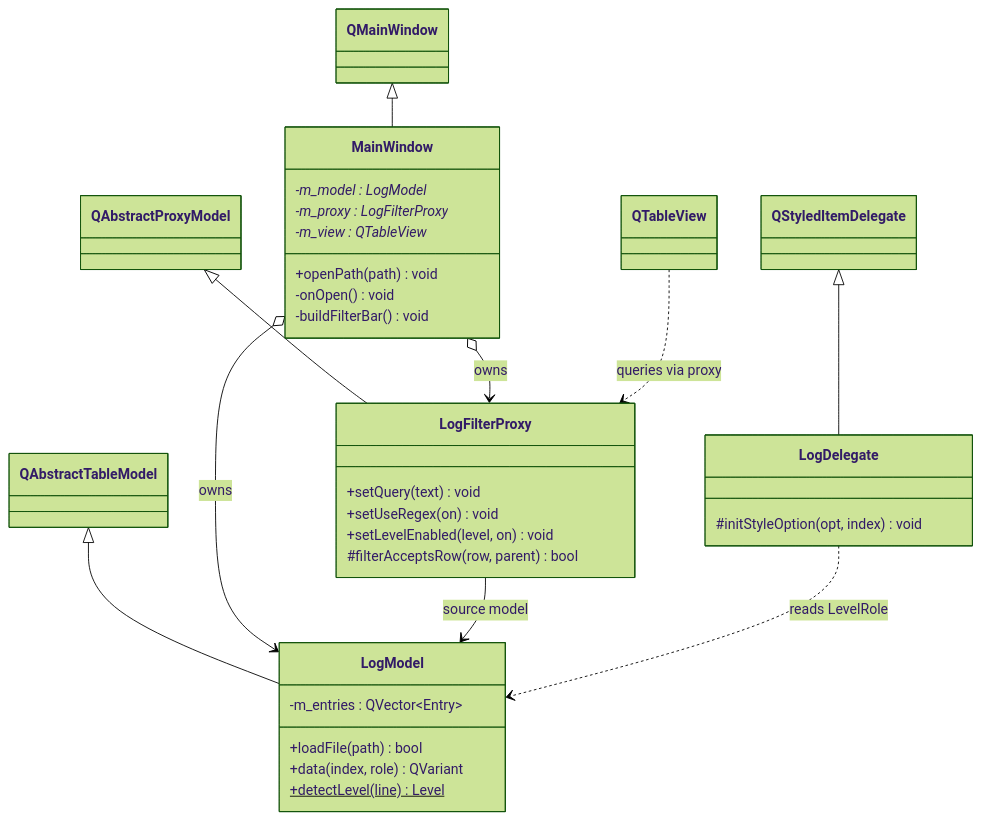
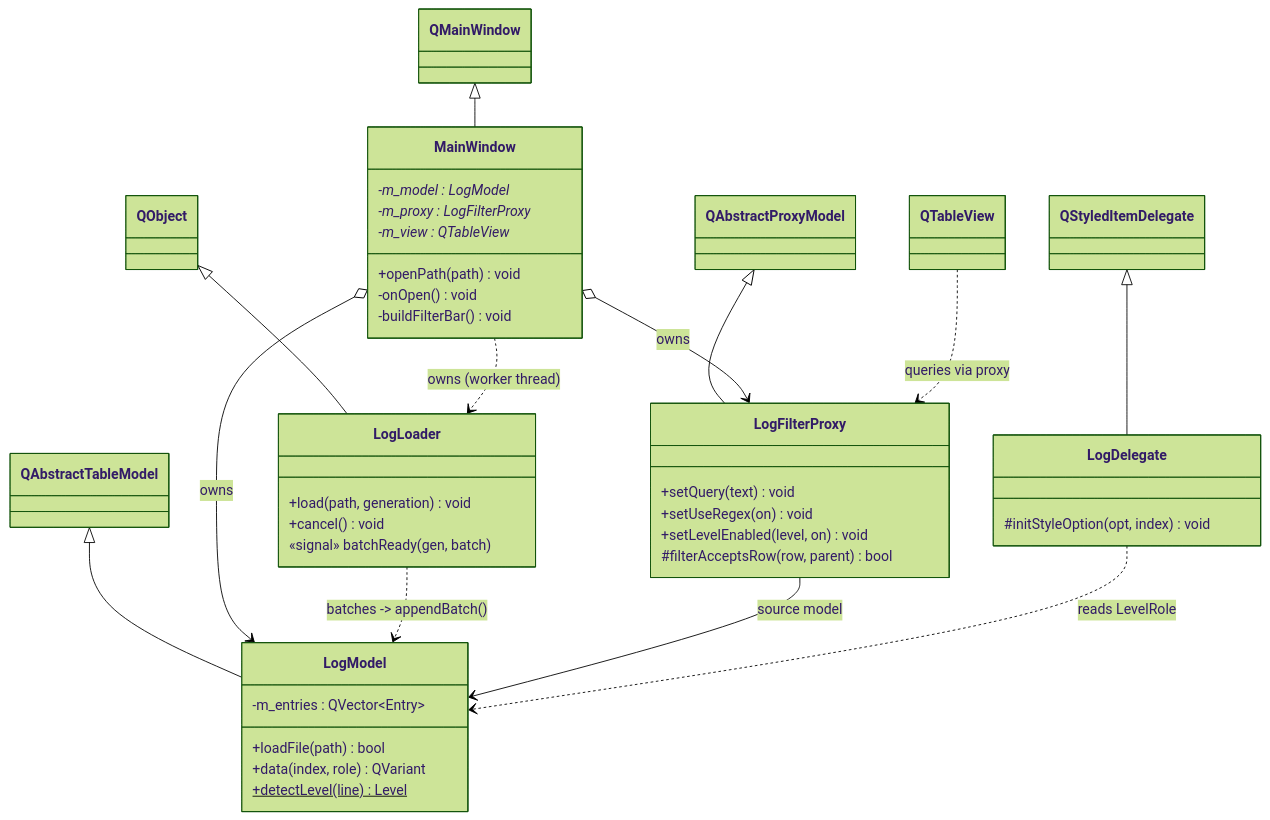
Before and after one commit to MvpBruce/LogLens: the first of 3 diagrams in README.md, drawn with Mermaid (forest theme). The commit also changed other lines of this file and 10 other files, not shown here.

````diff
--- a/README.md
+++ b/README.md
@@ -53,41 +53,49 @@
 ```mermaid
 classDiagram
     class QMainWindow
     class QAbstractTableModel
     class QAbstractProxyModel
     class QStyledItemDelegate
 
     class MainWindow {
         +openPath(path) void
         -onOpen() void
         -buildFilterBar() void
         -m_model : LogModel*
         -m_proxy : LogFilterProxy*
         -m_view : QTableView*
     }
     class LogModel {
         +loadFile(path) bool
         +data(index, role) QVariant
         +detectLevel(line)$ Level
         -m_entries : QVector~Entry~
     }
     class LogFilterProxy {
         +setQuery(text) void
         +setUseRegex(on) void
         +setLevelEnabled(level, on) void
         #filterAcceptsRow(row, parent) bool
     }
     class LogDelegate {
         #initStyleOption(opt, index) void
     }
+    class LogLoader {
+        +load(path, generation) void
+        +cancel() void
+        «signal» batchReady(gen, batch)
+    }
 
     QMainWindow <|-- MainWindow
     QAbstractTableModel <|-- LogModel
     QAbstractProxyModel <|-- LogFilterProxy
     QStyledItemDelegate <|-- LogDelegate
+    QObject <|-- LogLoader
     MainWindow o--> LogModel : owns
     MainWindow o--> LogFilterProxy : owns
+    MainWindow ..> LogLoader : owns (worker thread)
+    LogLoader ..> LogModel : batches -> appendBatch()
     LogFilterProxy --> LogModel : source model
     QTableView ..> LogFilterProxy : queries via proxy
     LogDelegate ..> LogModel : reads LevelRole
 ```
````
